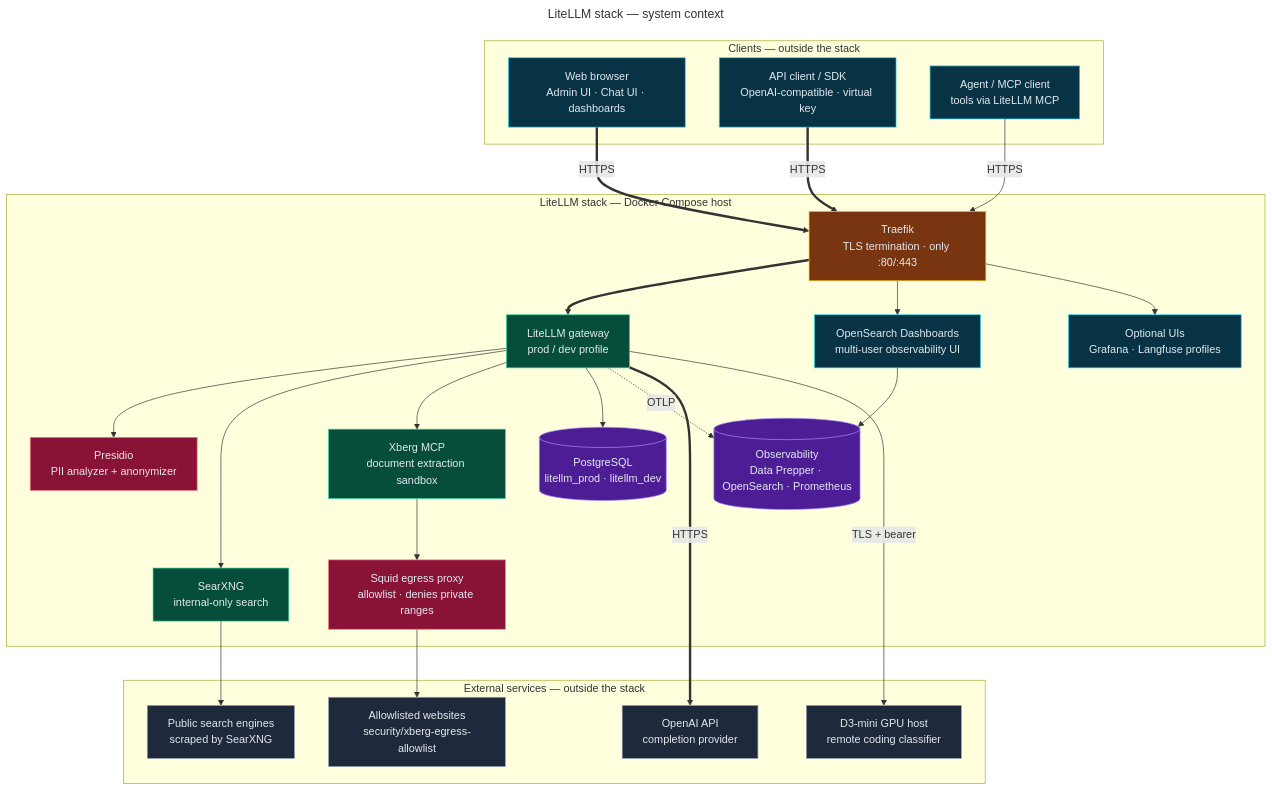
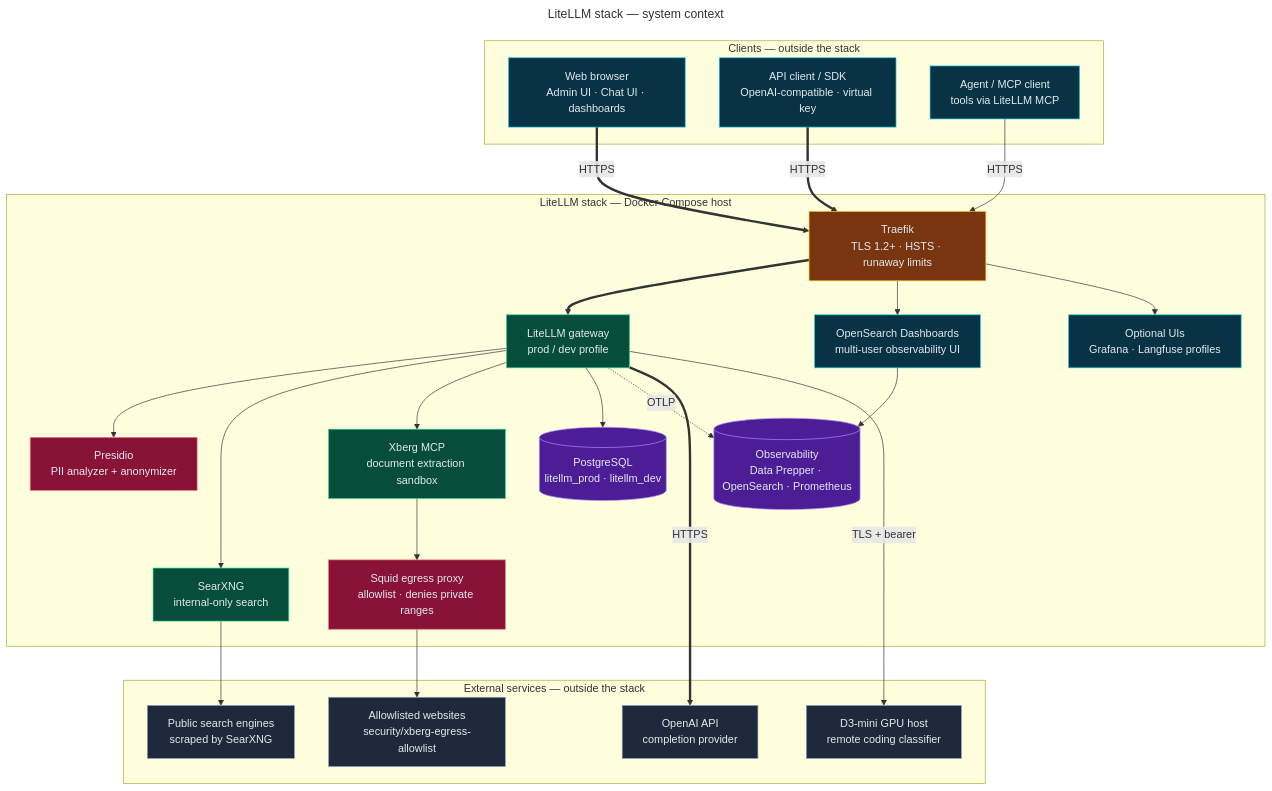
Before and after one commit to bella-1337/effective-spoon: the diagram in diagrams/01-system-context.mmd, drawn with Mermaid. The commit also changed 28 other files, not shown here.

```diff
--- a/diagrams/01-system-context.mmd
+++ b/diagrams/01-system-context.mmd
@@ -1,69 +1,69 @@
 ---
 title: LiteLLM stack — system context
 ---
 flowchart TD
   %% Source for 01-system-context.html. Edit this file, then run ./scripts/render-diagrams.py.
   %% Directives: docs in diagrams/README.md (Updating diagrams).
   %% @mode architecture
   %% @subtitle Who calls the stack, what runs inside the Docker host, and which services live outside it
   %% @card cyan | Clients | Browsers, SDKs, and agents reach the stack only through Traefik over HTTPS | API clients authenticate to LiteLLM with a virtual key or the master key | Operators use OpenSearch Dashboards, plus Grafana or Langfuse when enabled
   %% @card violet | Inside the stack | LiteLLM is the single gateway for models, search, MCP tools, and guardrails | Presidio, SearXNG, Xberg, PostgreSQL, and telemetry stay on internal networks | Every container log, metric, and trace lands in OpenSearch by default
   %% @card rose | Outside the stack | OpenAI serves completions; D3-mini runs on a separate GPU host | SearXNG scrapes public engines — review their terms of use | Xberg reaches only allowlisted sites through the Squid egress proxy
   %% @tier 0: BR API AG
   %% @tier 1: TR
   %% @tier 2: LL OSD OPT
   %% @tier 3: PR SX XB PG OBS
   %% @tier 4: SQ
   %% @tier 5: OAI D3 SE WEB
   %% @journey #22d3ee: API TR LL OAI
   %% @journey #a78bfa: BR TR OSD OBS
   %% @journey #34d399: AG TR LL XB SQ WEB
 
   subgraph CL["Clients — outside the stack"]
     BR["Web browser<br/>Admin UI · Chat UI · dashboards"]:::frontend
     API["API client / SDK<br/>OpenAI-compatible · virtual key"]:::frontend
     AG["Agent / MCP client<br/>tools via LiteLLM MCP"]:::frontend
   end
   subgraph ST["LiteLLM stack — Docker Compose host"]
-    TR["Traefik<br/>TLS termination · only :80/:443"]:::cloud
+    TR["Traefik<br/>TLS 1.2+ · HSTS · runaway limits"]:::cloud
     LL["LiteLLM gateway<br/>prod / dev profile"]:::backend
     OSD["OpenSearch Dashboards<br/>multi-user observability UI"]:::frontend
     OPT["Optional UIs<br/>Grafana · Langfuse profiles"]:::frontend
     PR["Presidio<br/>PII analyzer + anonymizer"]:::security
     SX["SearXNG<br/>internal-only search"]:::backend
     XB["Xberg MCP<br/>document extraction sandbox"]:::backend
     PG[("PostgreSQL<br/>litellm_prod · litellm_dev")]:::database
     OBS[("Observability<br/>Data Prepper · OpenSearch · Prometheus")]:::database
     SQ["Squid egress proxy<br/>allowlist · denies private ranges"]:::security
   end
   subgraph EX["External services — outside the stack"]
     OAI["OpenAI API<br/>completion provider"]:::external
     D3["D3-mini GPU host<br/>remote coding classifier"]:::external
     SE["Public search engines<br/>scraped by SearXNG"]:::external
     WEB["Allowlisted websites<br/>security/xberg-egress-allowlist"]:::external
   end
 
   BR ==>|"HTTPS"| TR
   API ==>|"HTTPS"| TR
   AG -->|"HTTPS"| TR
   TR ==> LL
   TR --> OSD
   TR --> OPT
   LL --> PR
   LL --> SX
   LL --> XB
   LL --> PG
   LL -.->|"OTLP"| OBS
   OSD --> OBS
   XB --> SQ
   LL ==>|"HTTPS"| OAI
   LL -->|"TLS + bearer"| D3
   SX --> SE
   SQ --> WEB
 
   classDef backend fill:#064e3b,stroke:#34d399,color:#e2e8f0
   classDef cloud fill:#78350f,stroke:#fbbf24,color:#e2e8f0
   classDef database fill:#4c1d95,stroke:#a78bfa,color:#e2e8f0
   classDef external fill:#1e293b,stroke:#94a3b8,color:#e2e8f0
   classDef frontend fill:#083344,stroke:#22d3ee,color:#e2e8f0
   classDef security fill:#881337,stroke:#fb7185,color:#e2e8f0
```
